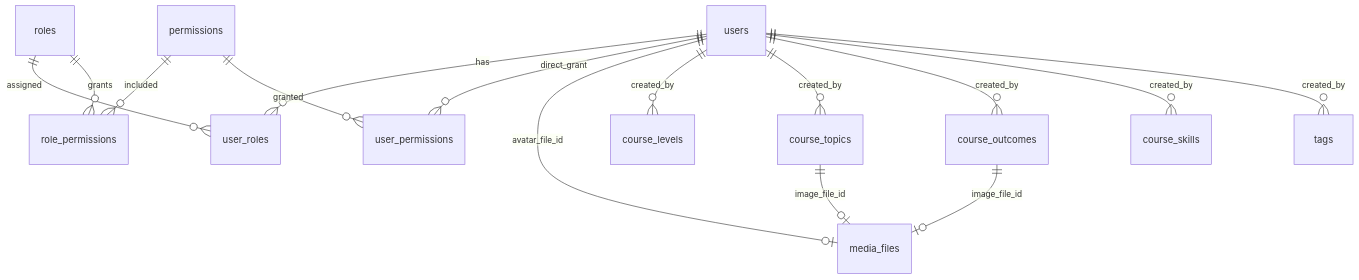
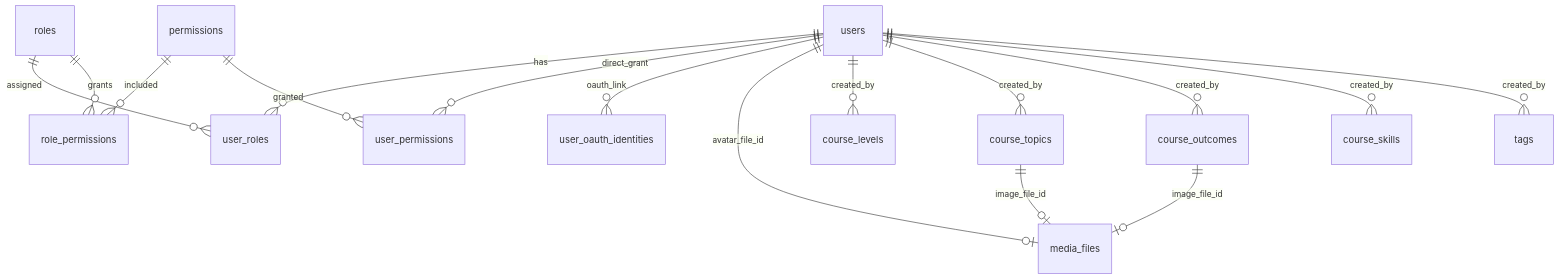
Before and after one commit to lkienkle11/be-mycourse: the diagram in docs/database.md, drawn with Mermaid. The commit also changed other lines of this file and 10 other files, not shown here.

Commit message:
docs: document google and x oauth endpoints and schema

````diff
--- a/docs/database.md
+++ b/docs/database.md
@@ -106,17 +108,18 @@
 ```mermaid
 erDiagram
     users ||--o{ user_roles : has
     roles ||--o{ user_roles : assigned
     roles ||--o{ role_permissions : grants
     permissions ||--o{ role_permissions : included
     users ||--o{ user_permissions : direct_grant
     permissions ||--o{ user_permissions : granted
+    users ||--o{ user_oauth_identities : oauth_link
     users ||--o| media_files : avatar_file_id
     course_topics ||--o| media_files : image_file_id
     course_outcomes ||--o| media_files : image_file_id
     users ||--o{ course_levels : created_by
     users ||--o{ course_topics : created_by
     users ||--o{ course_outcomes : created_by
     users ||--o{ course_skills : created_by
     users ||--o{ tags : created_by
 ```
````
